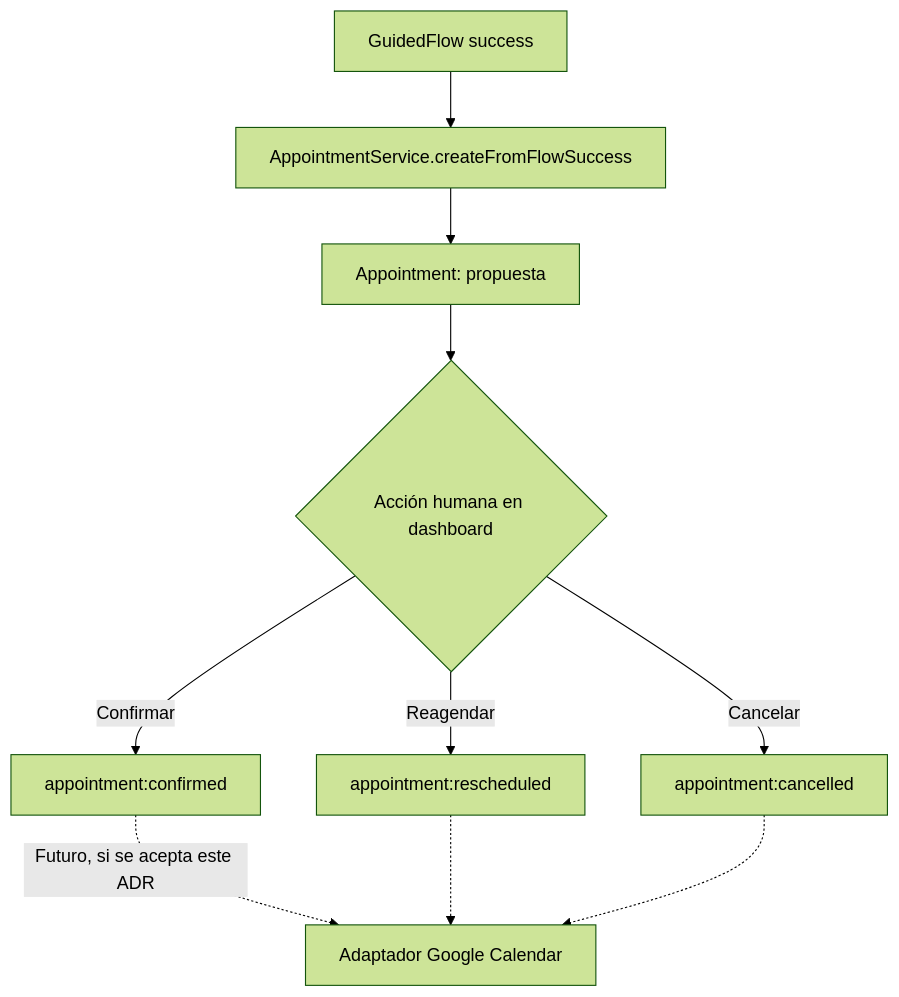
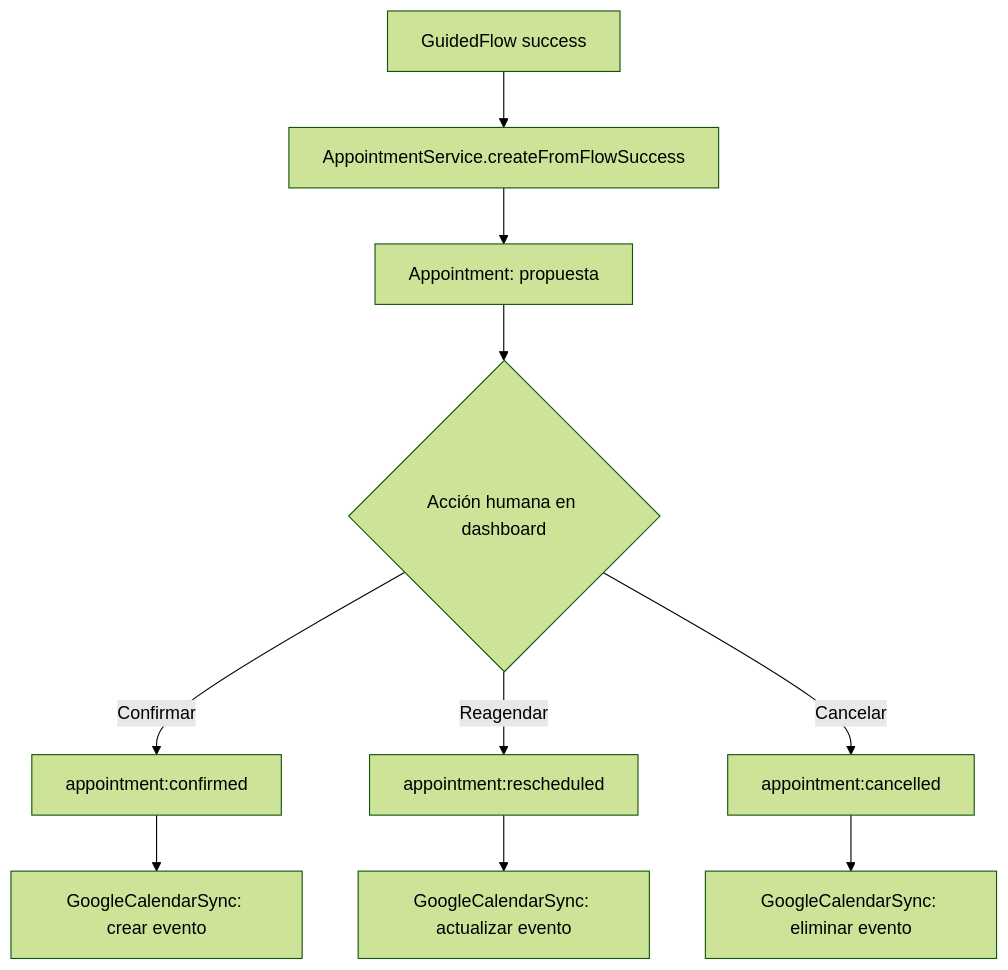
One commit to omarsuniaga/WhatsAppBot changed the diagram in docs/adrs/ADR-002-integracion-calendario-externo.md. Above: the diagram before and after it, drawn with Mermaid (forest theme). The commit also changed other lines of this file and 1 other file, not shown here.

First line of the commit message:
docs(adr-002): accept Google Calendar integration, uni-directional (#7)

````diff
--- a/docs/adrs/ADR-002-integracion-calendario-externo.md
+++ b/docs/adrs/ADR-002-integracion-calendario-externo.md
@@ -53,12 +60,12 @@
 ```mermaid
 graph TD
     A[GuidedFlow success] --> B[AppointmentService.createFromFlowSuccess]
     B --> C[Appointment: propuesta]
     C --> D{Acción humana en dashboard}
     D -->|Confirmar| E[appointment:confirmed]
     D -->|Reagendar| F[appointment:rescheduled]
     D -->|Cancelar| G[appointment:cancelled]
-    E -.->|Futuro, si se acepta este ADR| H[Adaptador Google Calendar]
-    F -.-> H
-    G -.-> H
+    E --> H[GoogleCalendarSync: crear evento]
+    F --> I[GoogleCalendarSync: actualizar evento]
+    G --> J[GoogleCalendarSync: eliminar evento]
 ```
````
